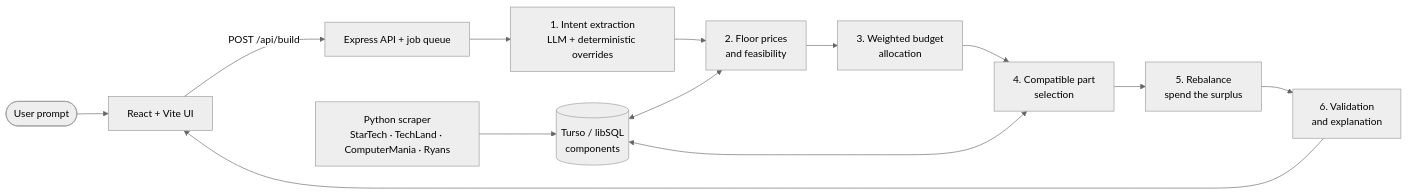
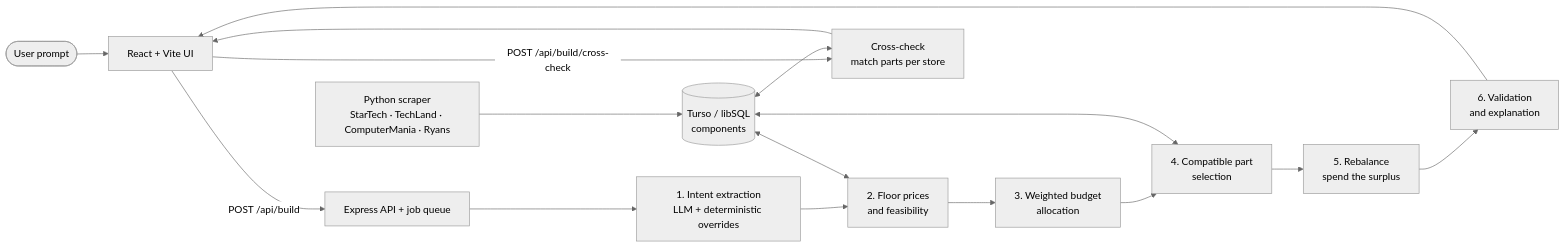
Before and after one commit to sheikhhossainn/pcbuilding-agent: the diagram in README.md, drawn with Mermaid (neutral theme). The commit also changed other lines of this file and 4 other files, not shown here.

````diff
--- a/README.md
+++ b/README.md
@@ -61,15 +66,18 @@
 ```mermaid
 flowchart LR
     U([User prompt]) --> UI[React + Vite UI]
     UI -- POST /api/build --> API[Express API + job queue]
     API --> I[1. Intent extraction<br/>LLM + deterministic overrides]
     I --> F[2. Floor prices<br/>and feasibility]
     F --> A[3. Weighted budget<br/>allocation]
     A --> S[4. Compatible part<br/>selection]
     S --> R[5. Rebalance<br/>spend the surplus]
     R --> V[6. Validation<br/>and explanation]
     V --> UI
+    UI -- POST /api/build/cross-check --> X[Cross-check<br/>match parts per store]
+    X --> UI
+    DB <--> X
     DB[(Turso / libSQL<br/>components)] <--> F
     DB <--> S
     SC[Python scraper<br/>StarTech · TechLand · ComputerMania · Ryans] --> DB
 ```
````
